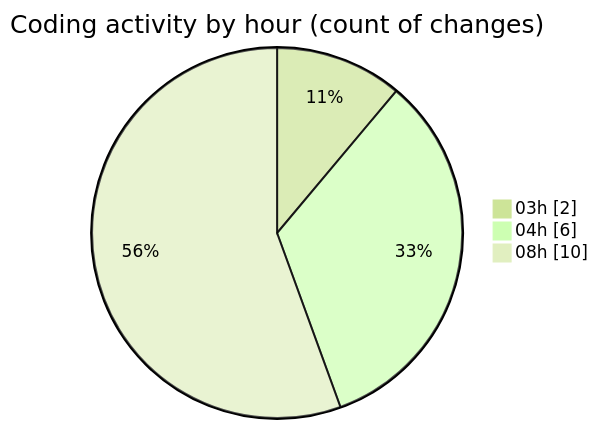
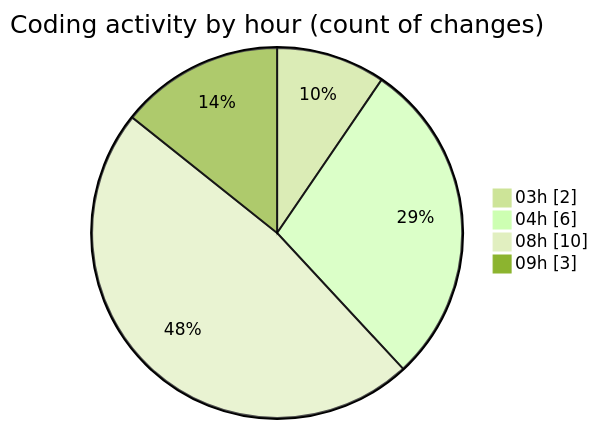
The second of 2 diagrams in 2026-02-07/singularitybrainai/README.md (tmsrecording-cyber/code-tracking), drawn with Mermaid (forest theme) before and after one commit. The commit also changed other lines of this file and 1 other file, not shown here.

````diff
--- a/2026-02-07/singularitybrainai/README.md
+++ b/2026-02-07/singularitybrainai/README.md
@@ -33,7 +34,8 @@
 ```mermaid
 pie showData
 title Coding activity by hour (count of changes)
 "03h" : 2
 "04h" : 6
 "08h" : 10
+"09h" : 3
 ```
````
